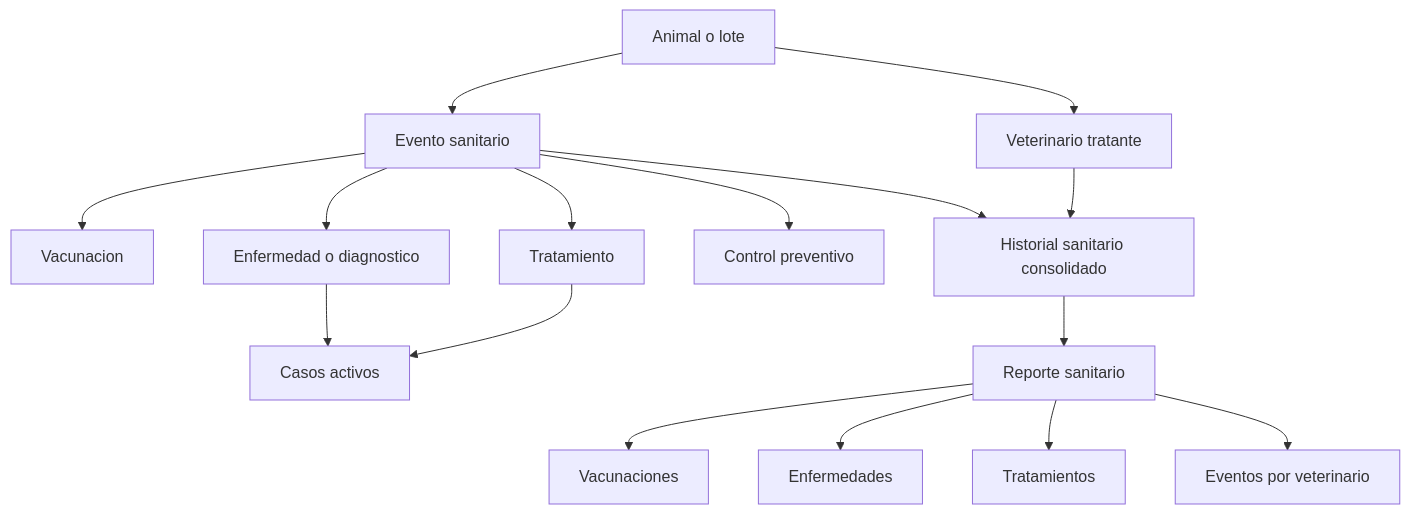
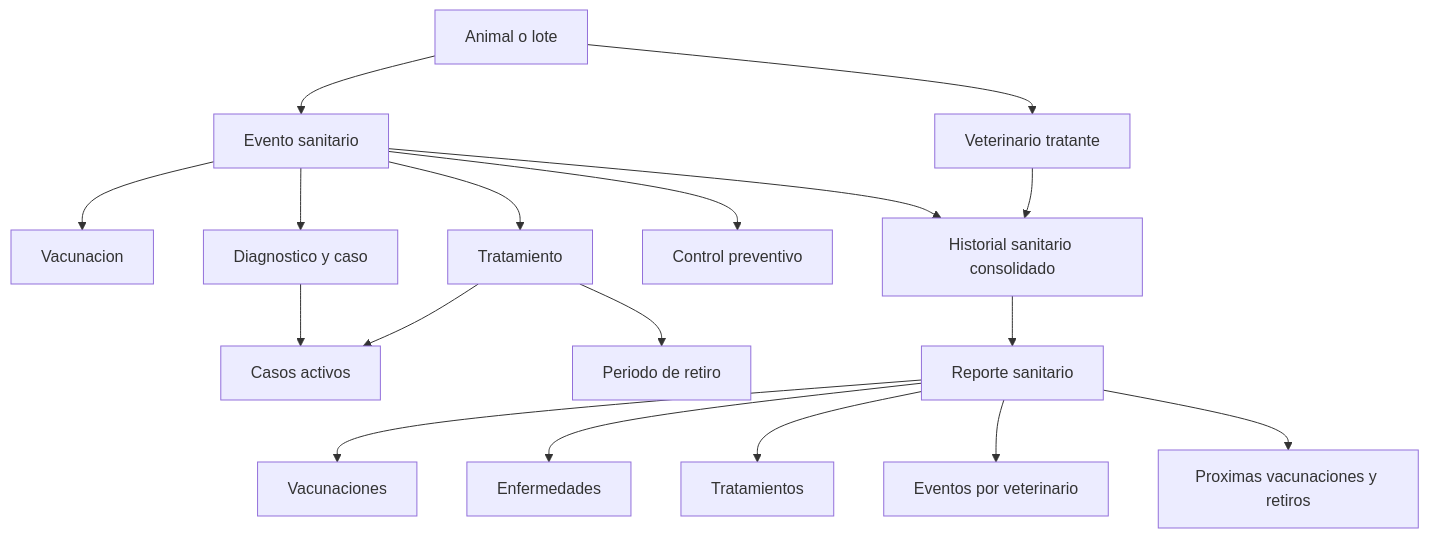
Before and after one commit to GregorioLucena/gestion-granjas-sdd: the fifth of 5 diagrams in docs/04-diagrama-flujo.md, drawn with Mermaid. The commit also changed other lines of this file and 32 other files, not shown here.

````diff
--- a/docs/04-diagrama-flujo.md
+++ b/docs/04-diagrama-flujo.md
@@ -152,18 +157,20 @@
 ```mermaid
 flowchart TD
     A[Animal o lote] --> B[Veterinario tratante]
     A --> C[Evento sanitario]
     C --> C1[Vacunacion]
-    C --> C2[Enfermedad o diagnostico]
+    C --> C2[Diagnostico y caso]
     C --> C3[Tratamiento]
     C --> C4[Control preventivo]
     C2 --> D[Casos activos]
     C3 --> D
+    C3 --> R[Periodo de retiro]
     C --> E[Historial sanitario consolidado]
     B --> E
     E --> F[Reporte sanitario]
     F --> F1[Vacunaciones]
     F --> F2[Enfermedades]
     F --> F3[Tratamientos]
     F --> F4[Eventos por veterinario]
+    F --> F5[Proximas vacunaciones y retiros]
 ```
````
